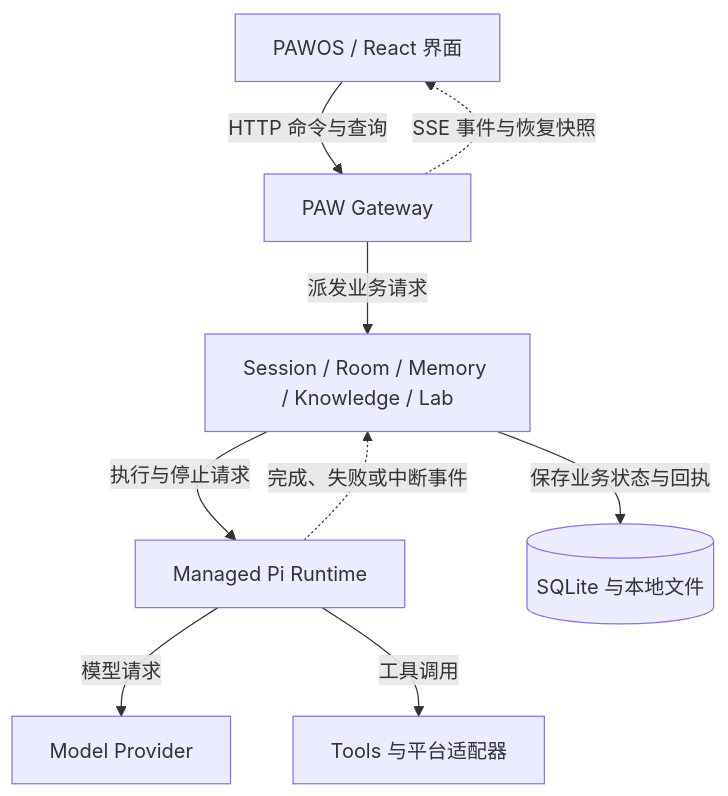
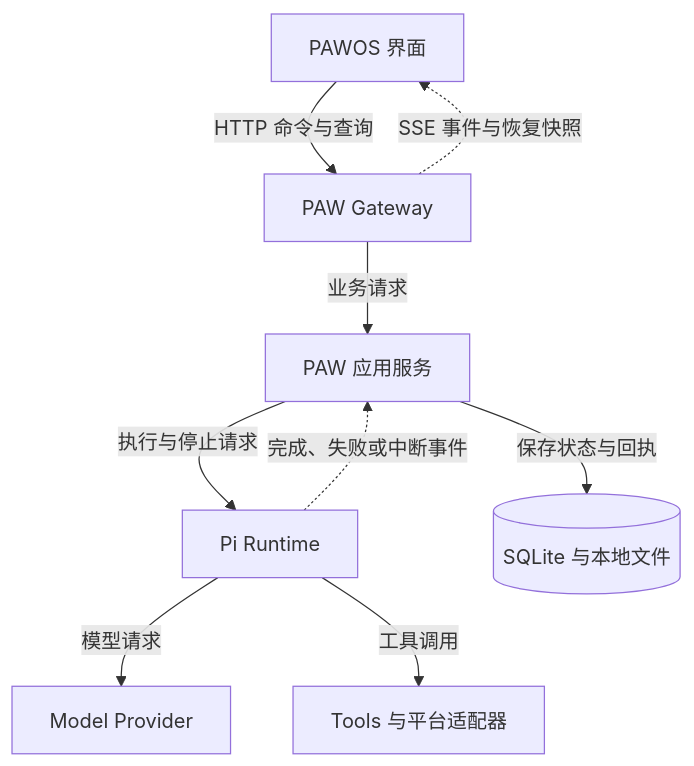
One commit to 7155/wisdom-weasel-rag-ime changed the third of 3 diagrams in README.md. Above: the diagram before and after it, drawn with Mermaid. The commit also changed other lines of this file and 10 other files, not shown here.

````diff
--- a/README.md
+++ b/README.md
@@ -168,11 +225,11 @@
 ```mermaid
 flowchart TD
-    UI[PAWOS / React 界面] -->|HTTP 命令与查询| GW[PAW Gateway]
-    GW -->|派发业务请求| Services[Session / Room / Memory / Knowledge / Lab]
-    Services -->|执行与停止请求| Pi[Managed Pi Runtime]
+    UI[PAWOS 界面] -->|HTTP 命令与查询| GW[PAW Gateway]
+    GW -->|业务请求| Services[PAW 应用服务]
+    Services -->|执行与停止请求| Pi[Pi Runtime]
     Pi -->|模型请求| Provider[Model Provider]
     Pi -->|工具调用| Tools[Tools 与平台适配器]
-    Services -->|保存业务状态与回执| Store[(SQLite 与本地文件)]
+    Services -->|保存状态与回执| Store[(SQLite 与本地文件)]
+    Pi -.->|完成、失败或中断事件| Services
     GW -.->|SSE 事件与恢复快照| UI
-    Pi -.->|完成、失败或中断事件| Services
 ```
````
